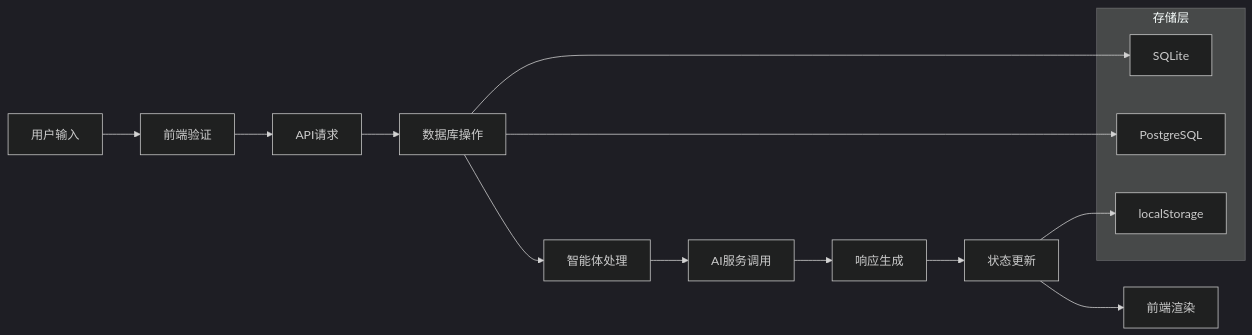
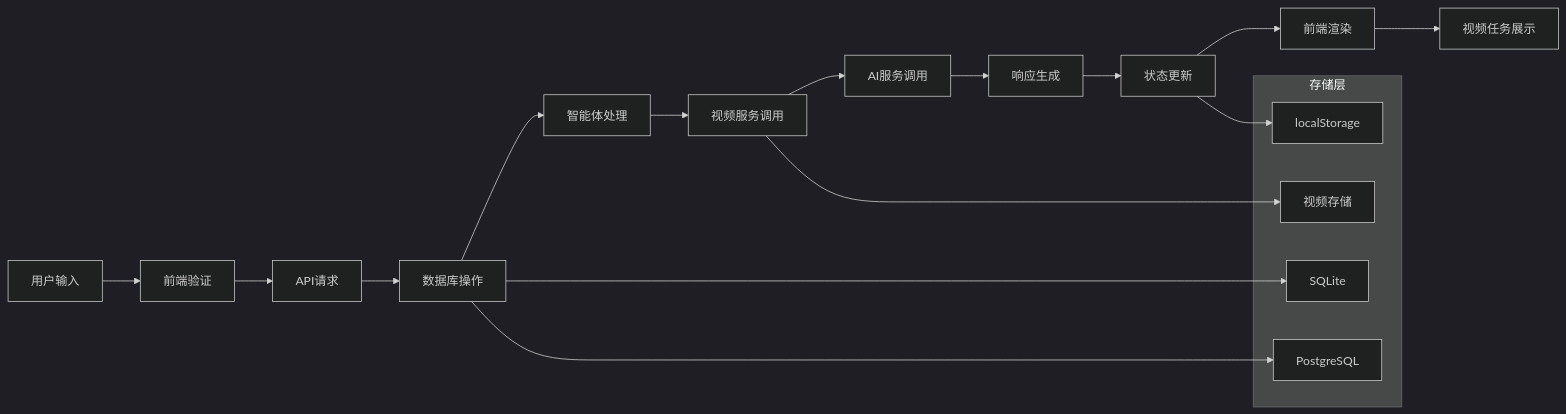
Before and after one commit to KunLabAI/KunFlix: diagram 15 of 15 in .qoder/repowiki/zh/content/前端应用架构/状态管理/Zustand Store 设计/增强的AI助手存储.md, drawn with Mermaid (dark theme). The commit also changed other lines of this file and 29 other files, not shown here.

````diff
--- a/.qoder/repowiki/zh/content/前端应用架构/状态管理/Zustand Store 设计/增强的AI助手存储.md
+++ b/.qoder/repowiki/zh/content/前端应用架构/状态管理/Zustand Store 设计/增强的AI助手存储.md
@@ -410,19 +604,23 @@
 ```mermaid
 flowchart LR
 A[用户输入] --> B[前端验证]
 B --> C[API请求]
 C --> D[数据库操作]
 D --> E[智能体处理]
-E --> F[AI服务调用]
-F --> G[响应生成]
-G --> H[状态更新]
-H --> I[前端渲染]
+E --> F[视频服务调用]
+F --> G[AI服务调用]
+G --> H[响应生成]
+H --> I[状态更新]
+I --> J[前端渲染]
+J --> K[视频任务展示]
 subgraph "存储层"
-J[SQLite]
-K[PostgreSQL]
-L[localStorage]
+L[SQLite]
+M[PostgreSQL]
+N[localStorage]
+O[视频存储]
 end
-D --> J
-D --> K
-H --> L
+D --> L
+D --> M
+I --> N
+F --> O
 ```
````
